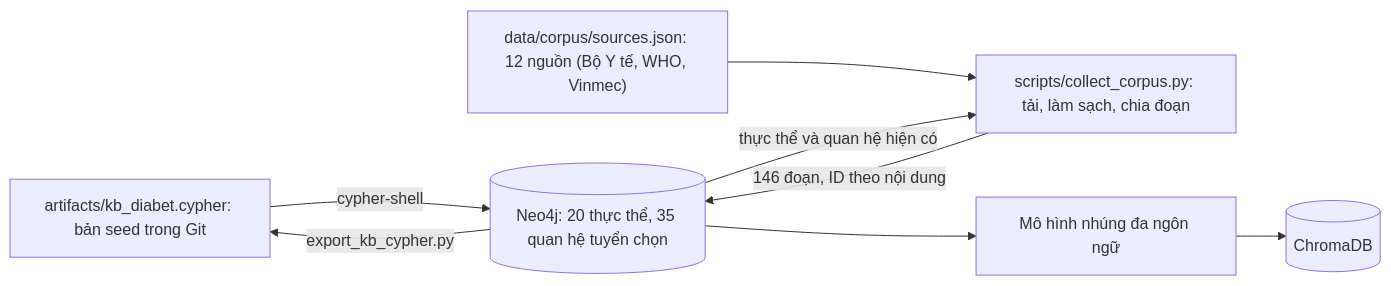
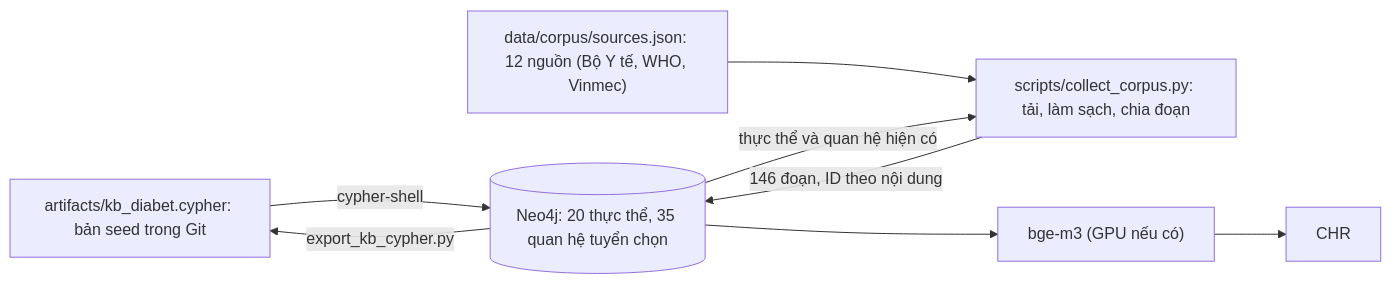
Before and after one commit to halobiron/Diabetes_Agent: the second of 2 diagrams in docs/architecture.md, drawn with Mermaid. The commit also changed other lines of this file and 19 other files, not shown here.

````diff
--- a/docs/architecture.md
+++ b/docs/architecture.md
@@ -86,9 +86,9 @@
 ```mermaid
 flowchart LR
     SEED["artifacts/kb_diabet.cypher: bản seed trong Git"] -->|"cypher-shell"| NEO[("Neo4j: 20 thực thể, 35 quan hệ tuyển chọn")]
     SRC["data/corpus/sources.json: 12 nguồn (Bộ Y tế, WHO, Vinmec)"] --> COL["scripts/collect_corpus.py: tải, làm sạch, chia đoạn"]
     NEO -->|"thực thể và quan hệ hiện có"| COL
     COL -->|"146 đoạn, ID theo nội dung"| NEO
     NEO -->|"export_kb_cypher.py"| SEED
-    NEO --> EMB["Mô hình nhúng đa ngôn ngữ"] --> CHR[("ChromaDB")]
+    NEO --> EMB["bge-m3 (GPU nếu có)"] --> CHR
 ```
````
